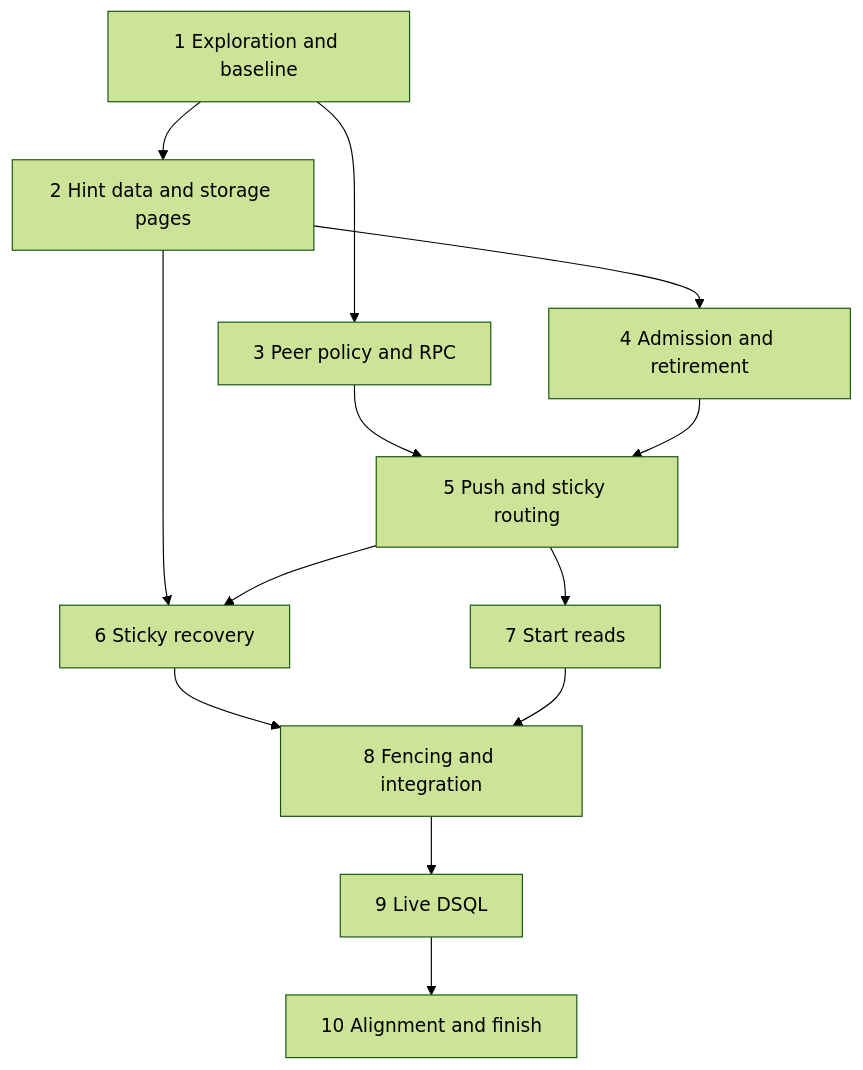
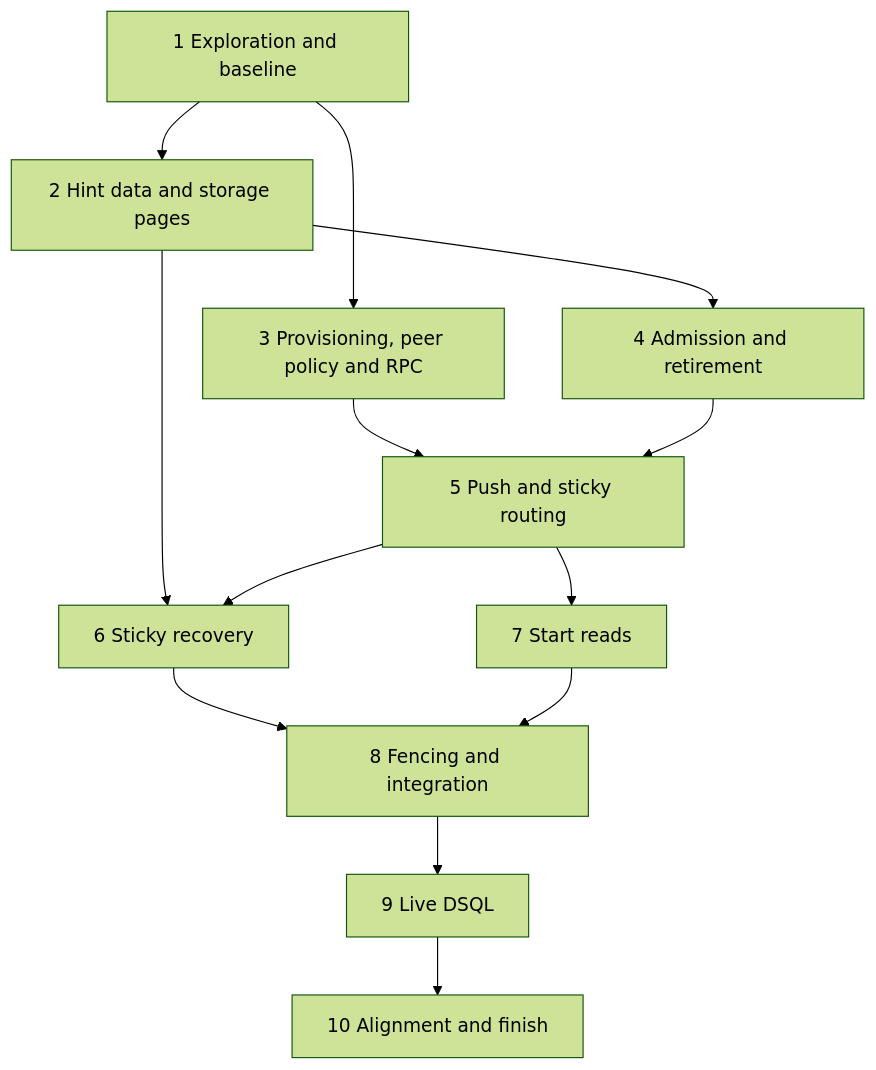
Before and after one commit to tokeira/tokeira: the diagram in .kiro/specs/queue-home-delivery/tasks.md, drawn with Mermaid (forest theme). The commit also changed other lines of this file and 2 other files, not shown here.

First line of the commit message:
docs: specify provisioned workflow peer credentials

````diff
--- a/.kiro/specs/queue-home-delivery/tasks.md
+++ b/.kiro/specs/queue-home-delivery/tasks.md
@@ -176,15 +199,15 @@
 ```mermaid
 graph TD
     T1[1 Exploration and baseline] --> T2[2 Hint data and storage pages]
-    T1 --> T3[3 Peer policy and RPC]
+    T1 --> T3[3 Provisioning, peer policy and RPC]
     T2 --> T4[4 Admission and retirement]
     T3 --> T5[5 Push and sticky routing]
     T4 --> T5
     T2 --> T6[6 Sticky recovery]
     T5 --> T6
     T5 --> T7[7 Start reads]
     T6 --> T8[8 Fencing and integration]
     T7 --> T8
     T8 --> T9[9 Live DSQL]
     T9 --> T10[10 Alignment and finish]
 ```
````
